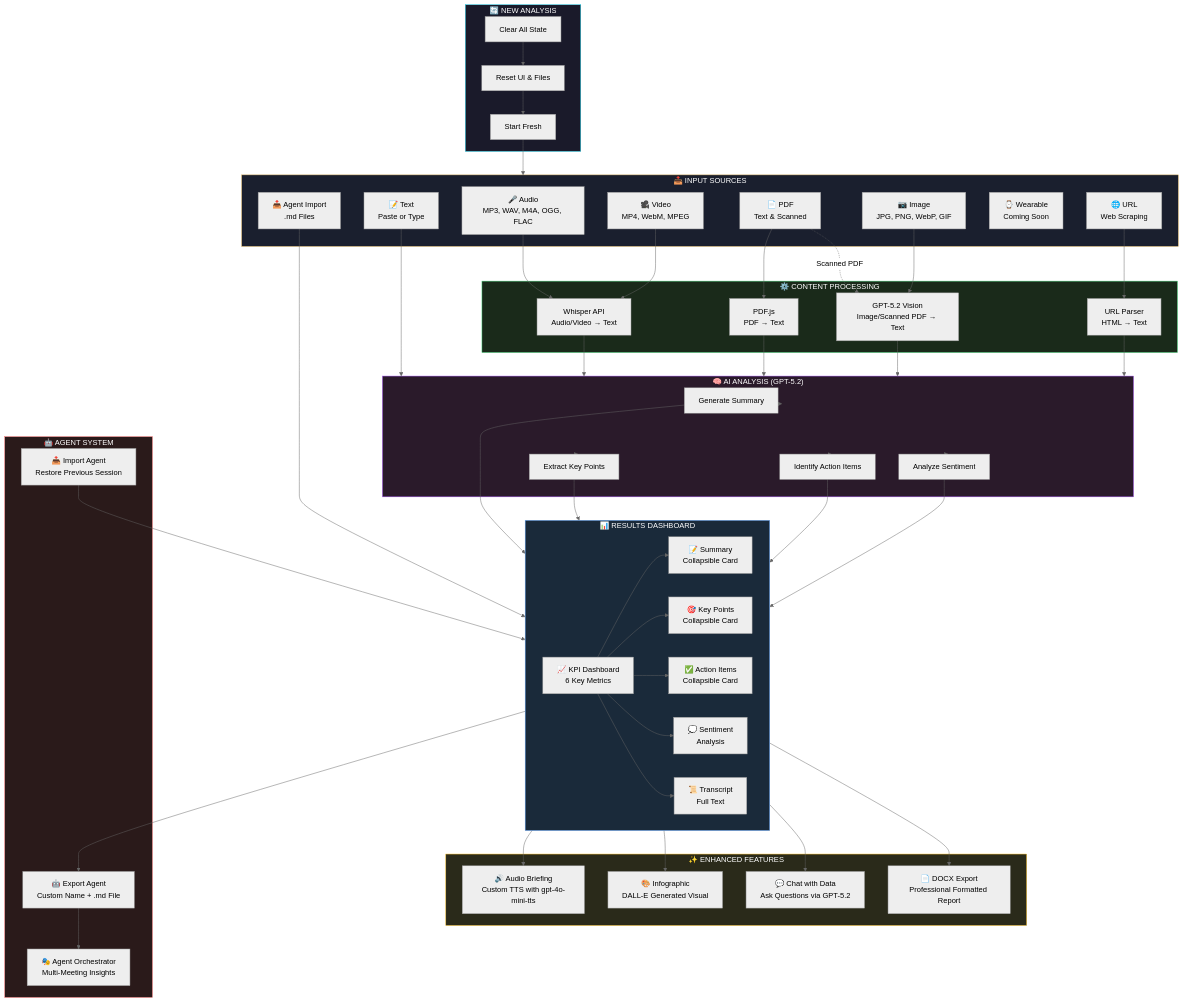
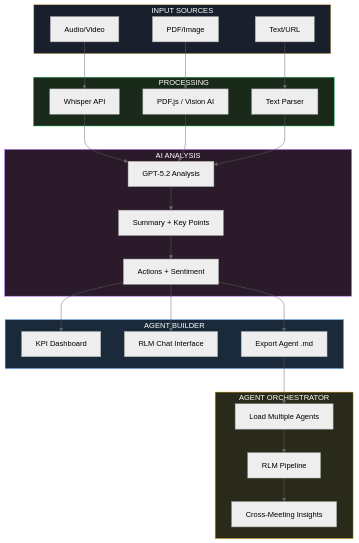
Before and after one commit to mjamiv/vox2txt: the diagram in README.md, drawn with Mermaid (neutral theme). The commit also changed other lines of this file and 5 other files, not shown here.

````diff
--- a/README.md
+++ b/README.md
@@ -82,85 +83,45 @@
 ```mermaid
 flowchart TB
-    subgraph Input["📥 INPUT SOURCES"]
-        A1[🎤 Audio<br/>MP3, WAV, M4A, OGG, FLAC]
-        A2[🎥 Video<br/>MP4, WebM, MPEG]
-        A3[📄 PDF<br/>Text & Scanned]
-        A4[📷 Image<br/>JPG, PNG, WebP, GIF]
-        A5[📝 Text<br/>Paste or Type]
-        A6[🌐 URL<br/>Web Scraping]
-        A7[⌚ Wearable<br/>Coming Soon]
-        A8[📥 Agent Import<br/>.md Files]
+    subgraph Input["INPUT SOURCES"]
+        A1[Audio/Video]
+        A2[PDF/Image]
+        A3[Text/URL]
     end
 
-    subgraph Process["⚙️ CONTENT PROCESSING"]
-        B1[Whisper API<br/>Audio/Video → Text]
-        B2[PDF.js<br/>PDF → Text]
-        B3[GPT-5.2 Vision<br/>Image/Scanned PDF → Text]
-        B4[URL Parser<br/>HTML → Text]
+    subgraph Process["PROCESSING"]
+        B1[Whisper API]
+        B2[PDF.js / Vision AI]
+        B3[Text Parser]
     end
 
-    subgraph Analysis["🧠 AI ANALYSIS (GPT-5.2)"]
-        C1[Generate Summary]
-        C2[Extract Key Points]
-        C3[Identify Action Items]
-        C4[Analyze Sentiment]
+    subgraph Analysis["AI ANALYSIS"]
+        C1[GPT-5.2 Analysis]
+        C2[Summary + Key Points]
+        C3[Actions + Sentiment]
     end
 
-    subgraph Results["📊 RESULTS DASHBOARD"]
-        D0[📈 KPI Dashboard<br/>6 Key Metrics]
-        D1[📝 Summary<br/>Collapsible Card]
-        D2[🎯 Key Points<br/>Collapsible Card]
-        D3[✅ Action Items<br/>Collapsible Card]
-        D4[💭 Sentiment<br/>Analysis]
-        D5[📜 Transcript<br/>Full Text]
+    subgraph Builder["AGENT BUILDER"]
+        D1[KPI Dashboard]
+        D2[RLM Chat Interface]
+        D3[Export Agent .md]
     end
 
-    subgraph Features["✨ ENHANCED FEATURES"]
-        E1[🔊 Audio Briefing<br/>Custom TTS with gpt-4o-mini-tts]
-        E2[🎨 Infographic<br/>DALL-E Generated Visual]
-        E3[💬 Chat with Data<br/>Ask Questions via GPT-5.2]
-        E4[📄 DOCX Export<br/>Professional Formatted Report]
+    subgraph Orchestrator["AGENT ORCHESTRATOR"]
+        E1[Load Multiple Agents]
+        E2[RLM Pipeline]
+        E3[Cross-Meeting Insights]
     end
 
-    subgraph Agent["🤖 AGENT SYSTEM"]
-        F1[🤖 Export Agent<br/>Custom Name + .md File]
-        F2[📥 Import Agent<br/>Restore Previous Session]
-        F3[🎭 Agent Orchestrator<br/>Multi-Meeting Insights]
-    end
-
-    subgraph Reset["🔄 NEW ANALYSIS"]
-        R1[Clear All State]
-        R2[Reset UI & Files]
-        R3[Start Fresh]
-    end
-
-    A1 & A2 --> B1
-    A3 --> B2
-    A3 -.->|Scanned PDF| B3
-    A4 --> B3
-    A5 --> Analysis
-    A6 --> B4
-    A8 --> Results
-
-    B1 & B2 & B3 & B4 --> Analysis
-
-    Analysis --> C1 & C2 & C3 & C4
-    C1 & C2 & C3 & C4 --> Results
-
-    D0 --> D1 & D2 & D3 & D4 & D5
-
-    Results --> E1 & E2 & E3 & E4
-    Results --> F1
-    F1 --> F3
-    F2 --> Results
-    
-    R1 --> R2 --> R3 --> Input
+    A1 --> B1 --> C1
+    A2 --> B2 --> C1
+    A3 --> B3 --> C1
+    C1 --> C2 --> C3
+    C3 --> D1 & D2 & D3
+    D3 --> E1 --> E2 --> E3
 
     style Input fill:#1a1f2e,stroke:#d4a853,color:#fff
     style Process fill:#1a2a1a,stroke:#4ade80,color:#fff
     style Analysis fill:#2a1a2a,stroke:#a855f7,color:#fff
-    style Results fill:#1a2a3a,stroke:#60a5fa,color:#fff
-    style Features fill:#2a2a1a,stroke:#fbbf24,color:#fff
-    style Agent fill:#2a1a1a,stroke:#f87171,color:#fff
-    style Reset fill:#1a1a2a,stroke:#22d3ee,color:#fff
+    style Builder fill:#1a2a3a,stroke:#60a5fa,color:#fff
+    style Orchestrator fill:#2a2a1a,stroke:#fbbf24,color:#fff
 ```
````
